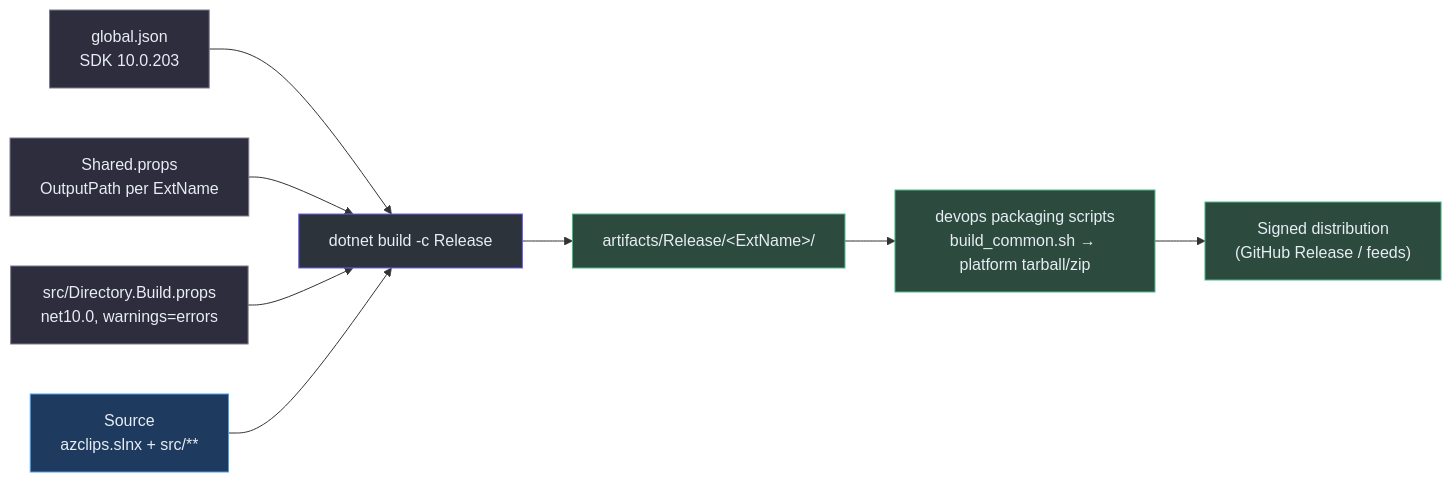
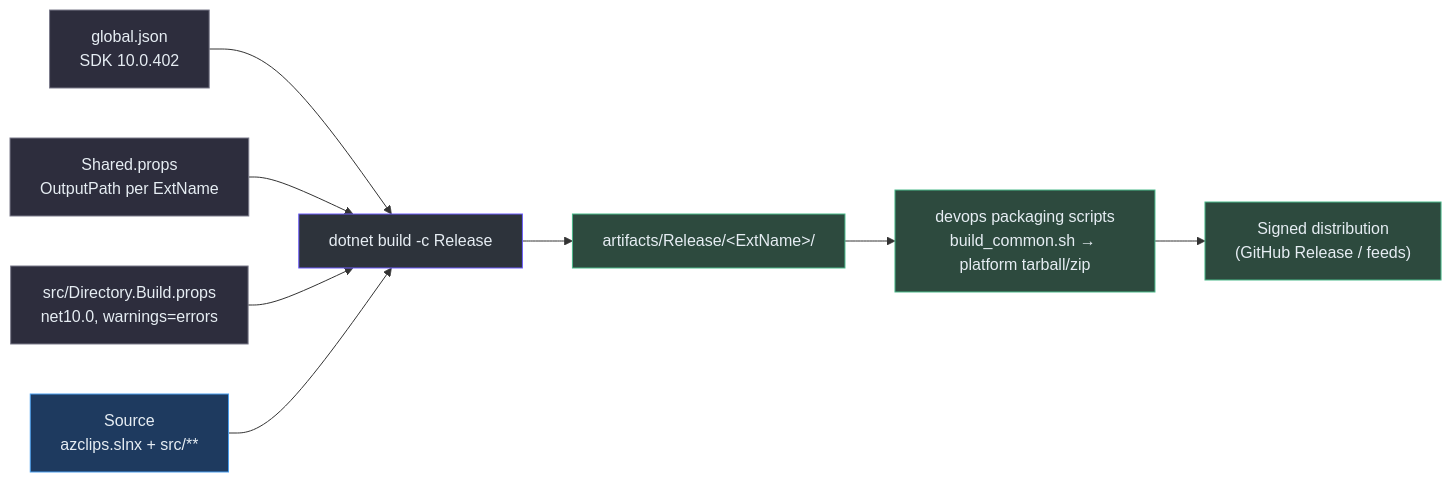
The first of 2 diagrams in wiki/02-deep-dive/build-cicd.md (Azure/azclips), drawn with Mermaid before and after one commit. The commit also changed other lines of this file and 19 other files, not shown here.

````diff
--- a/wiki/02-deep-dive/build-cicd.md
+++ b/wiki/02-deep-dive/build-cicd.md
@@ -50,23 +53,23 @@
 ```mermaid
 flowchart LR
     SRC["Source<br>azclips.slnx + src/**"]
-    GJ["global.json<br>SDK 10.0.203"]
+    GJ["global.json<br>SDK 10.0.402"]
     SP["Shared.props<br>OutputPath per ExtName"]
     DBP["src/Directory.Build.props<br>net10.0, warnings=errors"]
     BUILD["dotnet build -c Release"]
     ART["artifacts/Release/&lt;ExtName&gt;/"]
     PKG["devops packaging scripts<br>build_common.sh → platform tarball/zip"]
     DIST["Signed distribution<br>(GitHub Release / feeds)"]
     GJ --> BUILD
     SP --> BUILD
     DBP --> BUILD
     SRC --> BUILD --> ART --> PKG --> DIST
     style SRC fill:#1e3a5f,stroke:#4a9eed,color:#e6edf3
     style GJ fill:#2d2d3d,stroke:#7a7a8a,color:#e6edf3
     style SP fill:#2d2d3d,stroke:#7a7a8a,color:#e6edf3
     style DBP fill:#2d2d3d,stroke:#7a7a8a,color:#e6edf3
     style BUILD fill:#2d333b,stroke:#6d5dfc,color:#e6edf3
     style ART fill:#2d4a3e,stroke:#4aba8a,color:#e6edf3
     style PKG fill:#2d4a3e,stroke:#4aba8a,color:#e6edf3
     style DIST fill:#2d4a3e,stroke:#4aba8a,color:#e6edf3
 ```
````
